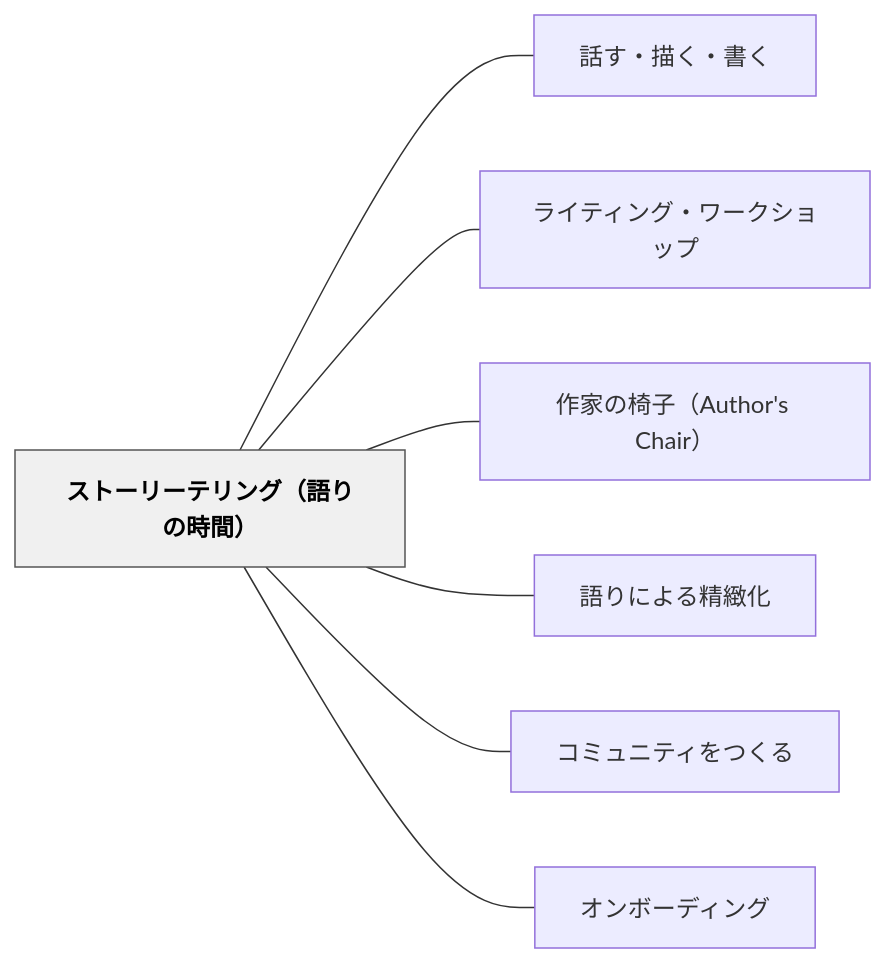
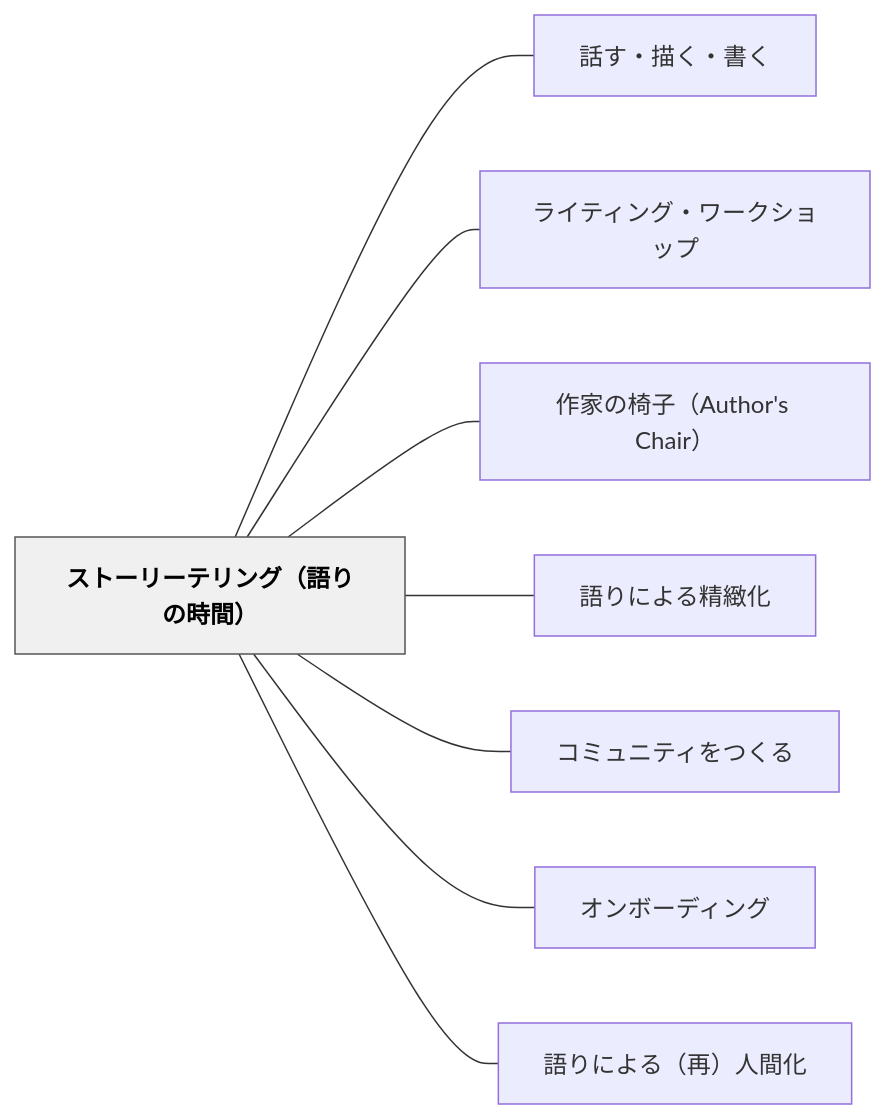
Before and after one commit to unknownthings-ed-patterns/unknownthings-ed-patterns: the diagram in content/パタン/ストーリーテリング（語りの時間）.md, drawn with Mermaid. The commit also changed other lines of this file and 10 other files, not shown here.

````diff
--- a/content/パタン/ストーリーテリング（語りの時間）.md
+++ b/content/パタン/ストーリーテリング（語りの時間）.md
@@ -142,20 +143,22 @@
 ```mermaid
 flowchart LR
     ne382b9e38388e383bce383aae383bce38386e383aae383b3e382b0efbc88e8aa9ee3828ae381aee69982e99693efbc89["ストーリーテリング（語りの時間）"]
     ne8a9b1e38199e383bbe68f8fe3818fe383bbe69bb8e3818f["話す・描く・書く"]
     ne383a9e382a4e38386e382a3e383b3e382b0e383bbe383afe383bce382afe382b7e383a7e38383e38397["ライティング・ワークショップ"]
     ne4bd9ce5aeb6e381aee6a485e5ad90efbc88417574686f722773204368616972efbc89["作家の椅子（Author's Chair）"]
     ne8aa9ee3828ae381abe38288e3828be7b2bee7b7bbe58c96["語りによる精緻化"]
     ne382b3e3839fe383a5e3838be38386e382a3e38292e381a4e3818fe3828b["コミュニティをつくる"]
     ne382aae383b3e3839ce383bce38387e382a3e383b3e382b0["オンボーディング"]
+    ne8aa9ee3828ae381abe38288e3828befbc88e5868defbc89e4babae99693e58c96["語りによる（再）人間化"]
 
     ne382b9e38388e383bce383aae383bce38386e383aae383b3e382b0efbc88e8aa9ee3828ae381aee69982e99693efbc89 --- ne8a9b1e38199e383bbe68f8fe3818fe383bbe69bb8e3818f
     ne382b9e38388e383bce383aae383bce38386e383aae383b3e382b0efbc88e8aa9ee3828ae381aee69982e99693efbc89 --- ne383a9e382a4e38386e382a3e383b3e382b0e383bbe383afe383bce382afe382b7e383a7e38383e38397
     ne382b9e38388e383bce383aae383bce38386e383aae383b3e382b0efbc88e8aa9ee3828ae381aee69982e99693efbc89 --- ne4bd9ce5aeb6e381aee6a485e5ad90efbc88417574686f722773204368616972efbc89
     ne382b9e38388e383bce383aae383bce38386e383aae383b3e382b0efbc88e8aa9ee3828ae381aee69982e99693efbc89 --- ne8aa9ee3828ae381abe38288e3828be7b2bee7b7bbe58c96
     ne382b9e38388e383bce383aae383bce38386e383aae383b3e382b0efbc88e8aa9ee3828ae381aee69982e99693efbc89 --- ne382b3e3839fe383a5e3838be38386e382a3e38292e381a4e3818fe3828b
     ne382b9e38388e383bce383aae383bce38386e383aae383b3e382b0efbc88e8aa9ee3828ae381aee69982e99693efbc89 --- ne382aae383b3e3839ce383bce38387e382a3e383b3e382b0
+    ne382b9e38388e383bce383aae383bce38386e383aae383b3e382b0efbc88e8aa9ee3828ae381aee69982e99693efbc89 --- ne8aa9ee3828ae381abe38288e3828befbc88e5868defbc89e4babae99693e58c96
 
     classDef hub fill:#f0f0f0,stroke:#555,color:#000,font-weight:bold
     class ne382b9e38388e383bce383aae383bce38386e383aae383b3e382b0efbc88e8aa9ee3828ae381aee69982e99693efbc89 hub
 ```
````
